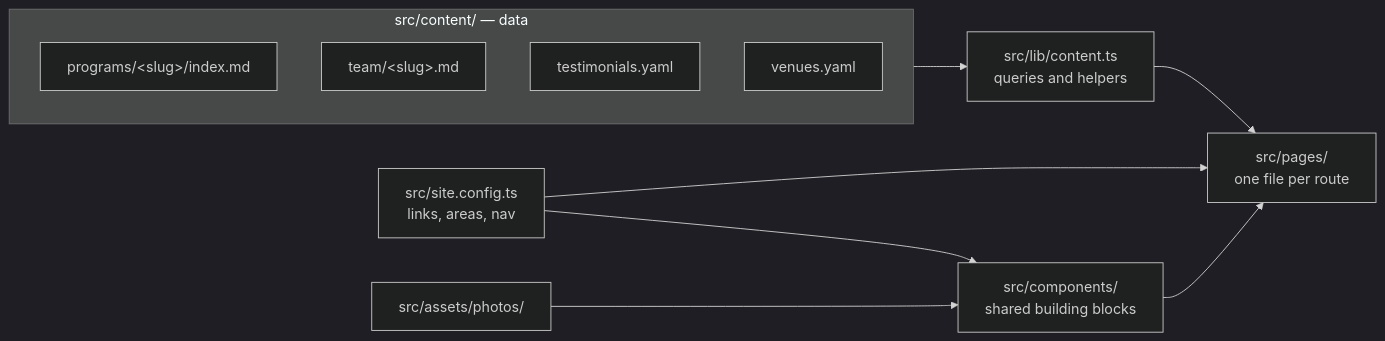
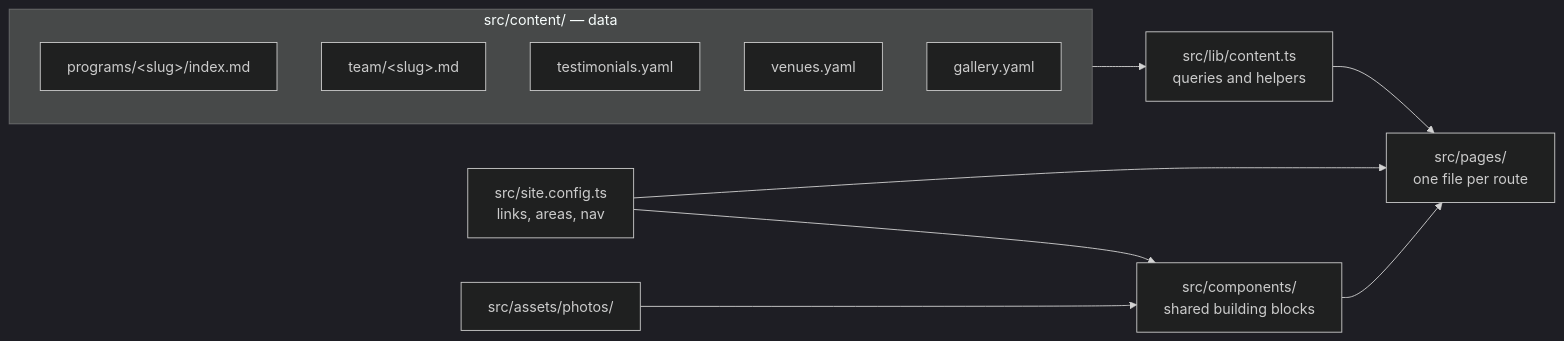
Before and after one commit to Sabeel-Institute/sabeel-website-test: the first of 2 diagrams in AGENTS.md, drawn with Mermaid (dark theme). The commit also changed other lines of this file and 10 other files, not shown here.

````diff
--- a/AGENTS.md
+++ b/AGENTS.md
@@ -64,19 +65,20 @@
 ```mermaid
 flowchart LR
   subgraph content["src/content/ — data"]
     P["programs/&lt;slug&gt;/index.md"]
     T["team/&lt;slug&gt;.md"]
     Q["testimonials.yaml"]
     V["venues.yaml"]
+    G["gallery.yaml"]
   end
   CFG["src/site.config.ts<br/>links, areas, nav"]
   PH["src/assets/photos/"]
   LIB["src/lib/content.ts<br/>queries and helpers"]
   CMP["src/components/<br/>shared building blocks"]
   PG["src/pages/<br/>one file per route"]
   content --> LIB --> PG
   CFG --> PG
   CFG --> CMP
   PH --> CMP
   CMP --> PG
 ```
````
